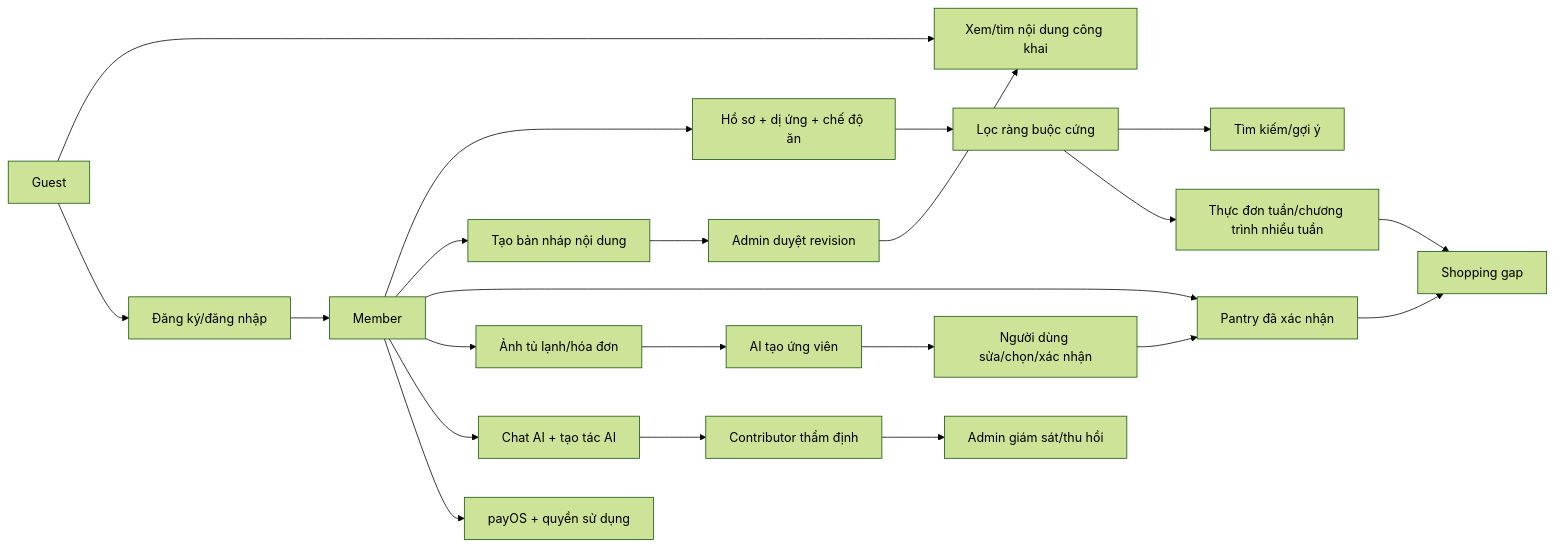
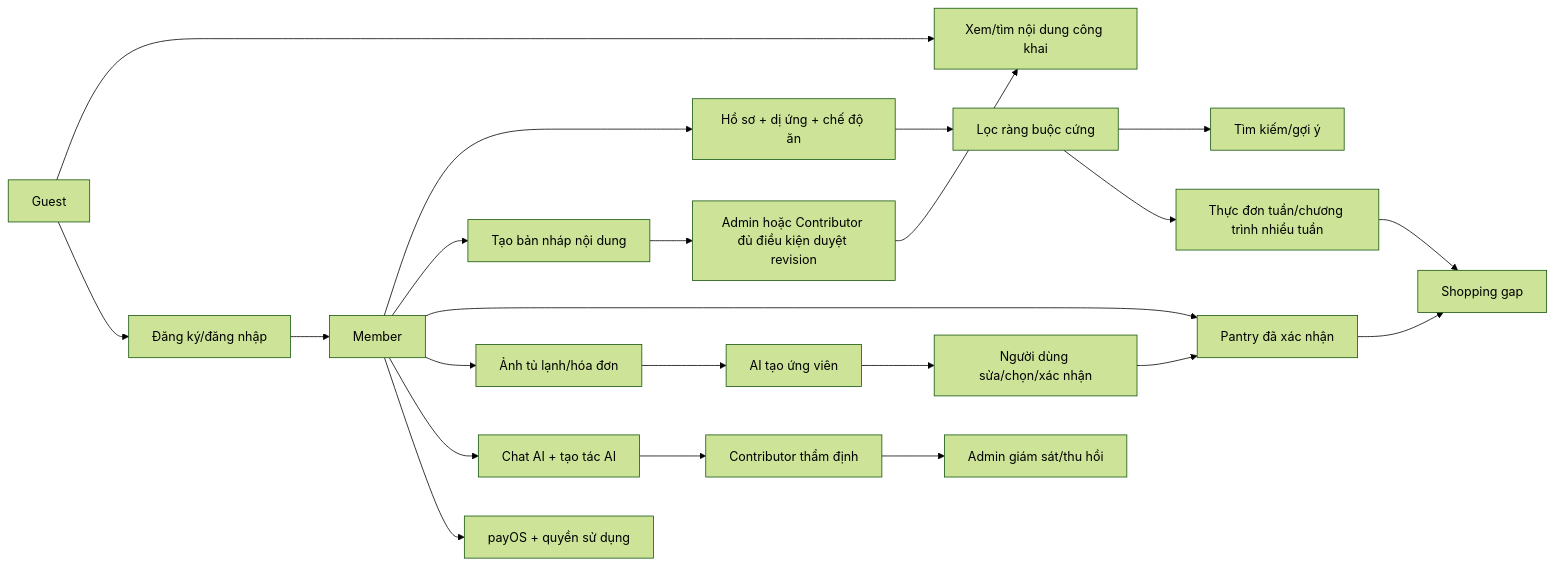
The diagram in docs/defense-study/01_SO_DO_NGHIEP_VU.md (devgiahuy/vegan-support-application), drawn with Mermaid (forest theme) before and after one commit. The commit also changed other lines of this file and 7 other files, not shown here.

````diff
--- a/docs/defense-study/01_SO_DO_NGHIEP_VU.md
+++ b/docs/defense-study/01_SO_DO_NGHIEP_VU.md
@@ -11,24 +11,24 @@
 ```mermaid
 flowchart LR
   G[Guest] --> PUB[Xem/tìm nội dung công khai]
   G --> AUTH[Đăng ký/đăng nhập]
   AUTH --> M[Member]
   M --> PROFILE[Hồ sơ + dị ứng + chế độ ăn]
   PROFILE --> FILTER[Lọc ràng buộc cứng]
   FILTER --> SEARCH[Tìm kiếm/gợi ý]
   FILTER --> PLAN[Thực đơn tuần/chương trình nhiều tuần]
   M --> CONTENT[Tạo bản nháp nội dung]
-  CONTENT --> REVIEW[Admin duyệt revision]
+  CONTENT --> REVIEW[Admin hoặc Contributor đủ điều kiện duyệt revision]
   REVIEW --> PUB
   M --> PANTRY[Pantry đã xác nhận]
   M --> SCAN[Ảnh tủ lạnh/hóa đơn]
   SCAN --> CANDIDATES[AI tạo ứng viên]
   CANDIDATES --> USERCONFIRM[Người dùng sửa/chọn/xác nhận]
   USERCONFIRM --> PANTRY
   PANTRY --> SHOP[Shopping gap]
   PLAN --> SHOP
   M --> CHAT[Chat AI + tạo tác AI]
   CHAT --> VERIFY[Contributor thẩm định]
   VERIFY --> ADMINAI[Admin giám sát/thu hồi]
   M --> BILL[payOS + quyền sử dụng]
 ```
````
